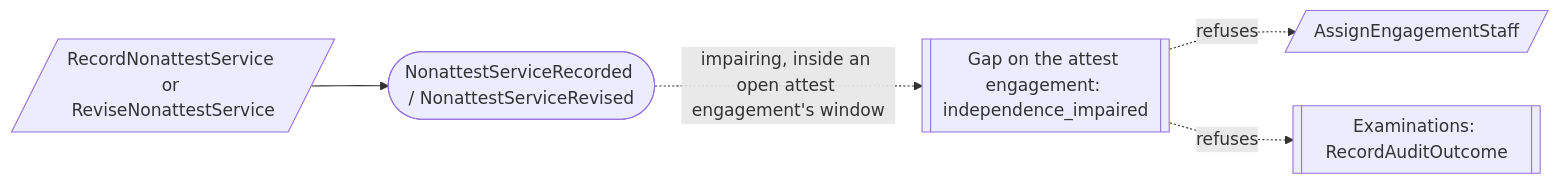
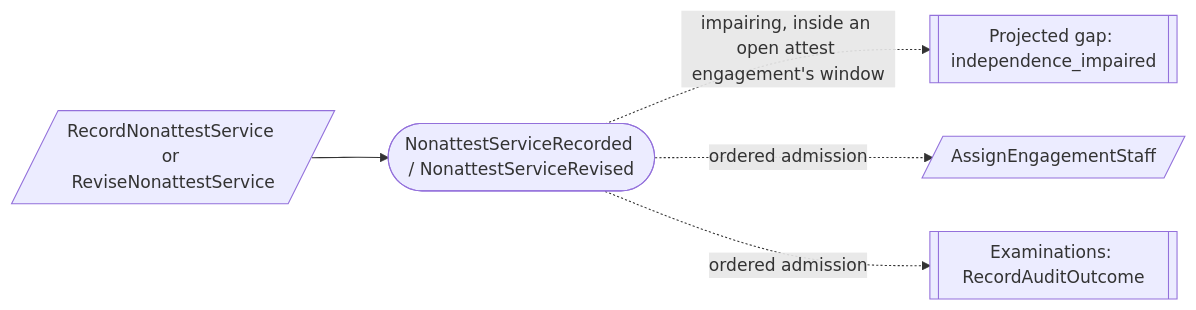
The seventh of 8 diagrams in docs/proposed/contexts/firm-services.md (bdgrz/compliance-core), drawn with Mermaid before and after one commit. The commit also changed other lines of this file and 799 other files, not shown here.

````diff
--- a/docs/proposed/contexts/firm-services.md
+++ b/docs/proposed/contexts/firm-services.md
@@ -388,7 +473,7 @@
 ```mermaid
 flowchart LR
     C1[/RecordNonattestService or ReviseNonattestService/] --> E1([NonattestServiceRecorded / NonattestServiceRevised])
-    E1 -. "impairing, inside an open attest engagement's window" .-> G1[[Gap on the attest engagement: independence_impaired]]
-    G1 -. "refuses" .-> C2[/AssignEngagementStaff/]
-    G1 -. "refuses" .-> C3[[Examinations: RecordAuditOutcome]]
+    E1 -. "impairing, inside an open attest engagement's window" .-> G1[[Projected gap: independence_impaired]]
+    E1 -. "ordered admission" .-> C2[/AssignEngagementStaff/]
+    E1 -. "ordered admission" .-> C3[[Examinations: RecordAuditOutcome]]
 ```
````
